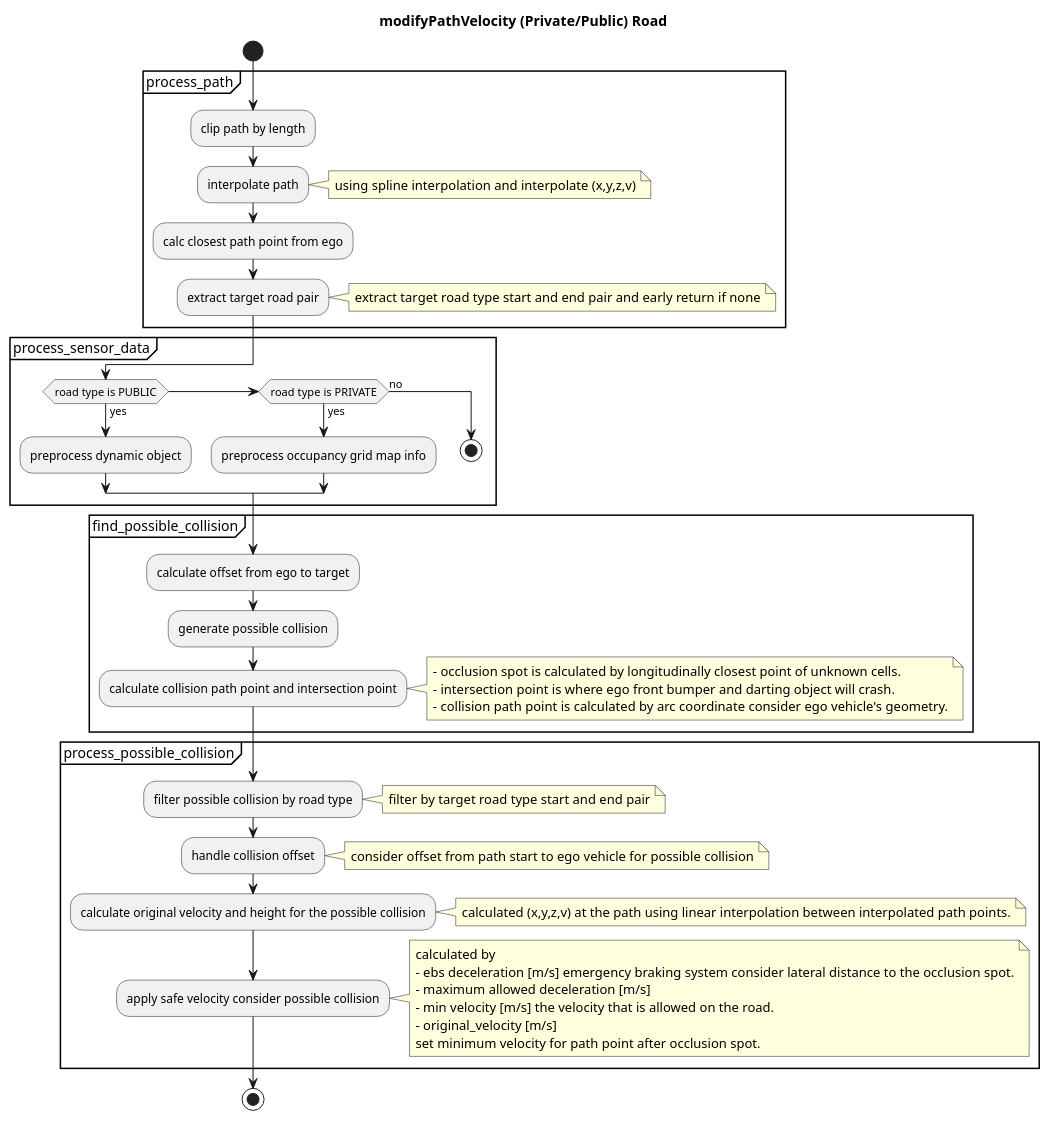
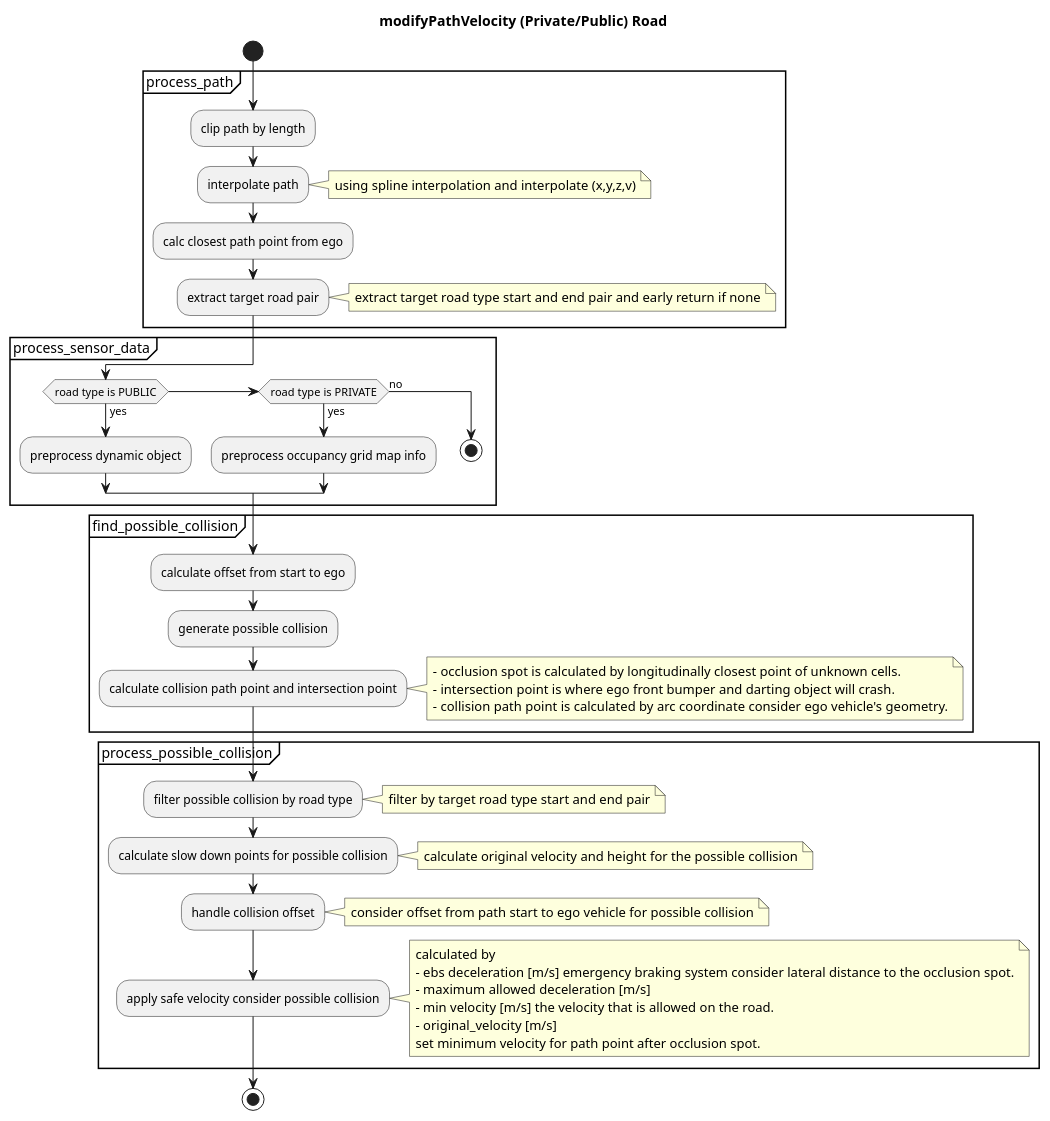
One commit to autowarefoundation/autoware.universe changed the first of 3 diagrams in planning/behavior_velocity_planner/occlusion-spot-design.md. Above: the diagram before and after it, drawn with PlantUML. The commit also changed other lines of this file, not shown here.

Commit message:
doc(behavior_velocity): fix typo

````diff
--- a/planning/behavior_velocity_planner/occlusion-spot-design.md
+++ b/planning/behavior_velocity_planner/occlusion-spot-design.md
@@ -89,64 +89,64 @@
 ```plantuml
 @startuml
 title modifyPathVelocity (Private/Public) Road
 start
 
 partition process_path {
 :clip path by length;
 :interpolate path;
 note right
   using spline interpolation and interpolate (x,y,z,v)
 end note
 :calc closest path point from ego;
 :extract target road pair;
 note right
 extract target road type start and end pair and early return if none
 end note
 }
 
 partition process_sensor_data {
 if (road type is PUBLIC) then (yes)
   :preprocess dynamic object;
 else if (road type is PRIVATE) then (yes)
   :preprocess occupancy grid map info;
 else (no)
   stop
 endif
 }
 partition find_possible_collision {
-:calculate offset from ego to target;
+:calculate offset from start to ego;
 :generate possible collision;
 :calculate collision path point and intersection point;
 note right
   - occlusion spot is calculated by longitudinally closest point of unknown cells.
   - intersection point is where ego front bumper and darting object will crash.
   - collision path point is calculated by arc coordinate consider ego vehicle's geometry.
 end note
 
 }
 partition process_possible_collision {
 :filter possible collision by road type;
 note right
 filter by target road type start and end pair
 end note
+:calculate slow down points for possible collision;
+note right
+calculate original velocity and height for the possible collision
+end note
 :handle collision offset;
 note right
 consider offset from path start to ego vehicle for possible collision
-end note
-:calculate original velocity and height for the possible collision;
-note right
-calculated (x,y,z,v) at the path using linear interpolation between interpolated path points.
 end note
 :apply safe velocity consider possible collision;
 note right
 calculated by
 - ebs deceleration [m/s] emergency braking system consider lateral distance to the occlusion spot.
 - maximum allowed deceleration [m/s]
 - min velocity [m/s] the velocity that is allowed on the road.
 - original_velocity [m/s]
 set minimum velocity for path point after occlusion spot.
 end note
 }
 stop
 @enduml
 ```
````
